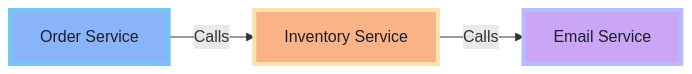
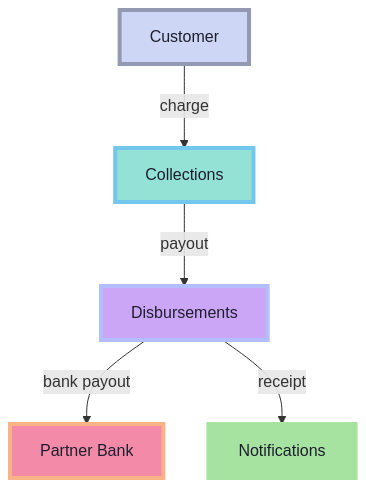
One commit to hmajid2301/blog changed the first of 40 diagrams in content/slides/go-labs-eda-go-kafka/slides.md. Above: the diagram before and after it, drawn with Mermaid. The commit also changed other lines of this file and 10 other files, not shown here.

````diff
--- a/content/slides/go-labs-eda-go-kafka/slides.md
+++ b/content/slides/go-labs-eda-go-kafka/slides.md
@@ -59,13 +64,20 @@
 ```mermaid
-flowchart LR
-    A["Order Service"] -- Calls --> B["Inventory Service"]
-    B -- Calls --> C["Email Service"]
+%%{init: {"themeVariables": {"fontSize": "16px"}, "flowchart": {"nodeSpacing": 45, "rankSpacing": 60}}}%%
+flowchart TD
+    U["Customer"] charge@-->|"charge"| COL["Collections"]
+    COL payout@-->|"payout"| DIS["Disbursements"]
+    DIS bankCall@-->|"bank payout"| BANK["Partner Bank"]
+    DIS receipt@-->|"receipt"| NOTIF["Notifications"]
 
-    classDef svcA fill:#89b4fa,stroke:#74c7ec,stroke-width:4px,color:#1e1e2e;
-    classDef svcB fill:#fab387,stroke:#f9e2af,stroke-width:4px,color:#1e1e2e;
-    classDef svcC fill:#cba6f7,stroke:#b4befe,stroke-width:4px,color:#1e1e2e;
+    classDef client fill:#cdd6f4,stroke:#9399b2,stroke-width:4px,color:#1e1e2e;
+    classDef collections fill:#94e2d5,stroke:#74c7ec,stroke-width:4px,color:#1e1e2e;
+    classDef disbursements fill:#cba6f7,stroke:#b4befe,stroke-width:4px,color:#1e1e2e;
+    classDef bank fill:#f38ba8,stroke:#fab387,stroke-width:4px,color:#1e1e2e;
+    classDef notifications fill:#a6e3a1,stroke:#a6e3a1,stroke-width:4px,color:#1e1e2e;
 
-    class A svcA;
-    class B svcB;
-    class C svcC;
+    class U client;
+    class COL collections;
+    class DIS disbursements;
+    class BANK bank;
+    class NOTIF notifications;
 ```
````
